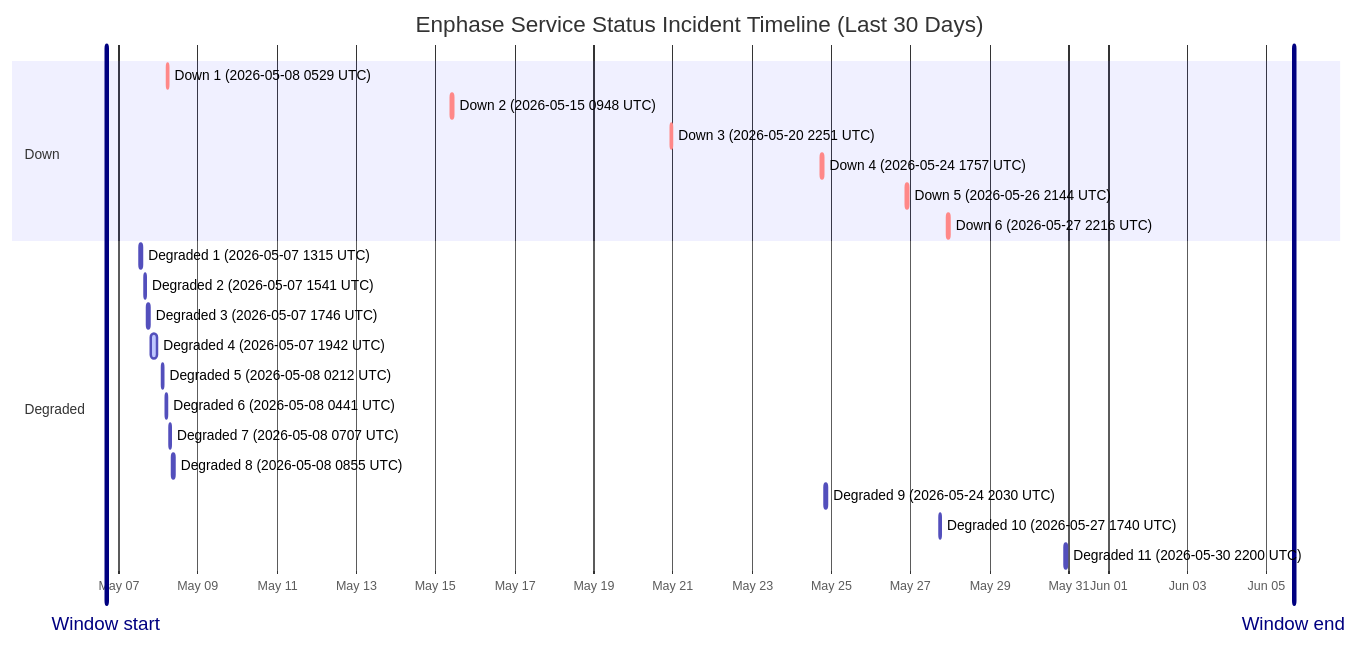
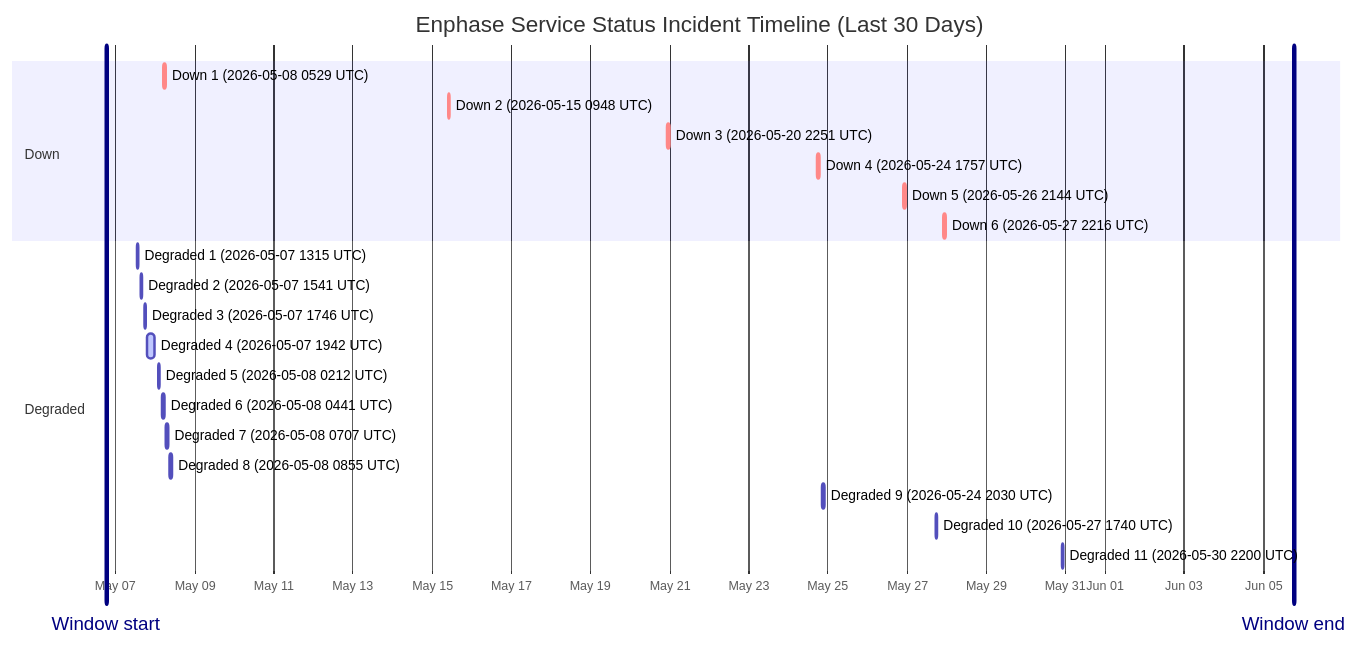
The diagram in wiki/Service-Status-History.md (barneyonline/ha-enphase-energy), drawn with Mermaid before and after one commit. The commit also changed other lines of this file and 3 other files, not shown here.

````diff
--- a/wiki/Service-Status-History.md
+++ b/wiki/Service-Status-History.md
@@ -14,27 +14,27 @@
 ```mermaid
 gantt
     title Enphase Service Status Incident Timeline (Last 30 Days)
     dateFormat  YYYY-MM-DDTHH:mm:ss
     axisFormat  %b %d
-    Window start :vert, window-start, 2026-05-06T16:28:37, 0ms
-    Window end :vert, window-end, 2026-06-05T16:28:37, 0ms
+    Window start :vert, window-start, 2026-05-06T18:23:32, 0ms
+    Window end :vert, window-end, 2026-06-05T18:23:32, 0ms
     section Down
     Down 1 (2026-05-08 0529 UTC) :crit, down-1, 2026-05-08T05:29:47, 60m
     Down 2 (2026-05-15 0948 UTC) :crit, down-2, 2026-05-15T09:48:18, 60m
     Down 3 (2026-05-20 2251 UTC) :crit, down-3, 2026-05-20T22:51:14, 75m
     Down 4 (2026-05-24 1757 UTC) :crit, down-4, 2026-05-24T17:57:41, 86m
     Down 5 (2026-05-26 2144 UTC) :crit, down-5, 2026-05-26T21:44:11, 85m
     Down 6 (2026-05-27 2216 UTC) :crit, down-6, 2026-05-27T22:16:53, 87m
     section Degraded
     Degraded 1 (2026-05-07 1315 UTC) :active, degraded-1, 2026-05-07T13:15:25, 60m
     Degraded 2 (2026-05-07 1541 UTC) :active, degraded-2, 2026-05-07T15:41:58, 60m
     Degraded 3 (2026-05-07 1746 UTC) :active, degraded-3, 2026-05-07T17:46:51, 60m
     Degraded 4 (2026-05-07 1942 UTC) :active, degraded-4, 2026-05-07T19:42:10, 249m
     Degraded 5 (2026-05-08 0212 UTC) :active, degraded-5, 2026-05-08T02:12:39, 60m
     Degraded 6 (2026-05-08 0441 UTC) :active, degraded-6, 2026-05-08T04:41:46, 60m
     Degraded 7 (2026-05-08 0707 UTC) :active, degraded-7, 2026-05-08T07:07:30, 60m
     Degraded 8 (2026-05-08 0855 UTC) :active, degraded-8, 2026-05-08T08:55:20, 88m
     Degraded 9 (2026-05-24 2030 UTC) :active, degraded-9, 2026-05-24T20:30:57, 84m
     Degraded 10 (2026-05-27 1740 UTC) :active, degraded-10, 2026-05-27T17:40:52, 60m
     Degraded 11 (2026-05-30 2200 UTC) :active, degraded-11, 2026-05-30T22:00:37, 60m
 ```
````
